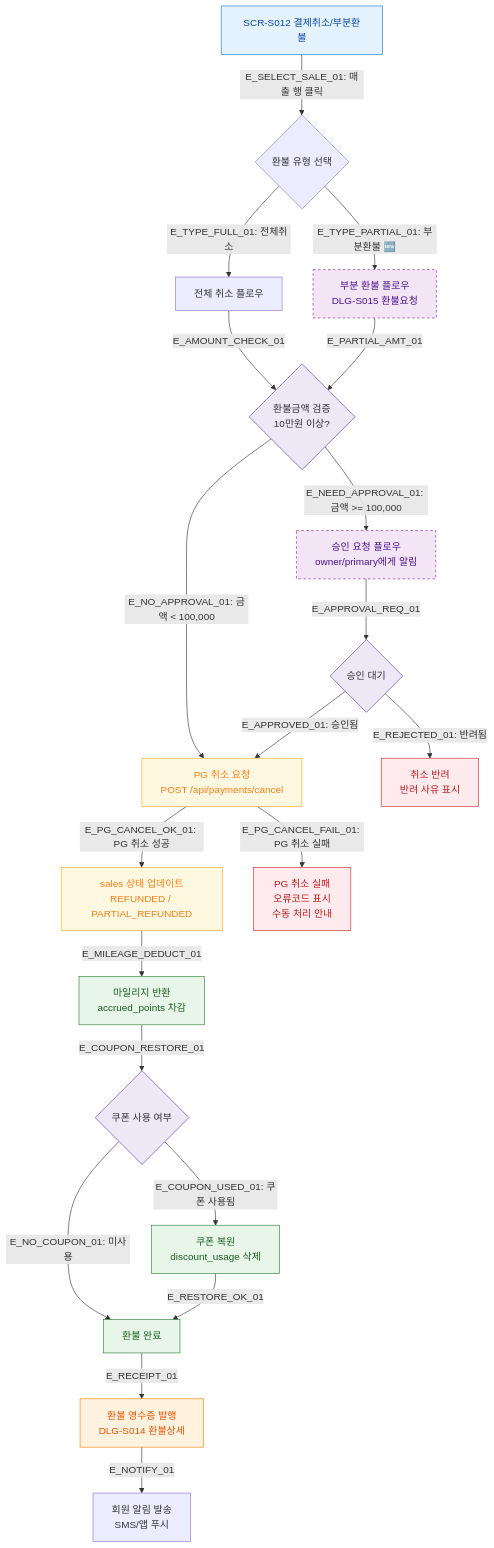
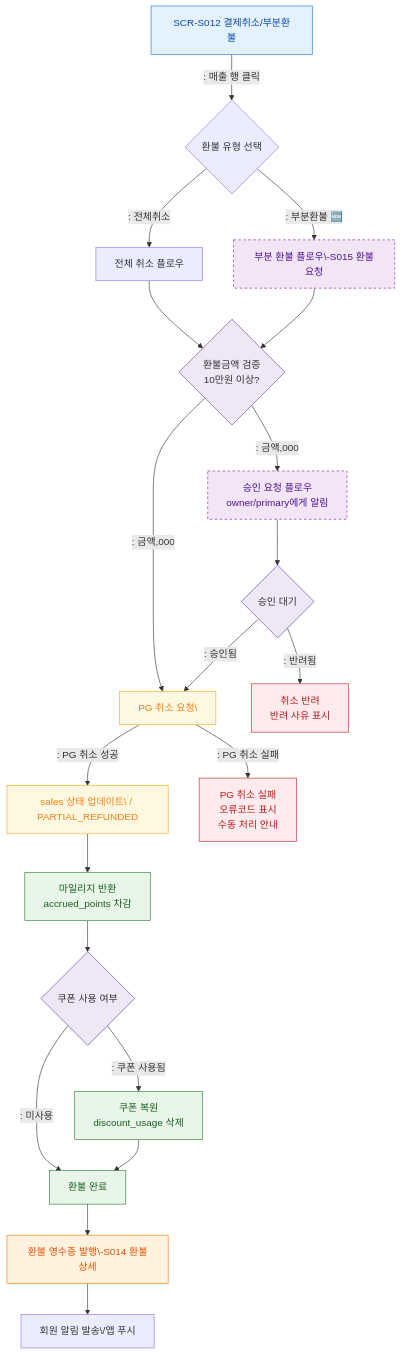
Before and after one commit to dev-spogym/admin-pando: the diagram in docs/다이어그램/D03_매출관리/SCR-S012_결제취소_부분환불/F2_메인.md, drawn with Mermaid. The commit also changed other lines of this file and 1660 other files, not shown here.

First line of the commit message:
다이어그램: 기획자/클라이언트 납품본으로 정리

````diff
--- a/docs/다이어그램/D03_매출관리/SCR-S012_결제취소_부분환불/F2_메인.md
+++ b/docs/다이어그램/D03_매출관리/SCR-S012_결제취소_부분환불/F2_메인.md
@@ -21,45 +19,45 @@
 ```mermaid
 flowchart TD
-    S012[SCR-S012 결제취소/부분환불] -->|"E_SELECT_SALE_01: 매출 행 클릭"| SALE_DETAIL{환불 유형 선택}
+    S012[SCR-S012 결제취소/부분환불] -->|": 매출 행 클릭"|SALE_DETAIL{환불 유형 선택}
 
-    SALE_DETAIL -->|"E_TYPE_FULL_01: 전체취소"| FULL_REFUND[전체 취소 플로우]
-    SALE_DETAIL -->|"E_TYPE_PARTIAL_01: 부분환불 🆕"| PARTIAL_REFUND[부분 환불 플로우\nDLG-S015 환불요청]
+    SALE_DETAIL -->|": 전체취소"|FULL_REFUND[전체 취소 플로우]
+    SALE_DETAIL -->|": 부분환불 🆕"|PARTIAL_REFUND[부분 환불 플로우\-S015 환불요청]
 
-    FULL_REFUND -->|E_AMOUNT_CHECK_01| AMOUNT_GATE{환불금액 검증\n10만원 이상?}
-    PARTIAL_REFUND -->|E_PARTIAL_AMT_01| AMOUNT_GATE
+    FULL_REFUND --> AMOUNT_GATE{환불금액 검증\n10만원 이상?}
+    PARTIAL_REFUND --> AMOUNT_GATE
 
-    AMOUNT_GATE -->|"E_NEED_APPROVAL_01: 금액 >= 100,000"| APPROVAL_FLOW[승인 요청 플로우\nowner/primary에게 알림]
-    AMOUNT_GATE -->|"E_NO_APPROVAL_01: 금액 < 100,000"| PG_CANCEL[PG 취소 요청\nPOST /api/payments/cancel]
+    AMOUNT_GATE -->|": 금액,000"|APPROVAL_FLOW[승인 요청 플로우\nowner/primary에게 알림]
+    AMOUNT_GATE -->|": 금액,000"|PG_CANCEL[PG 취소 요청\]
 
-    APPROVAL_FLOW -->|E_APPROVAL_REQ_01| WAIT_APPROVE{승인 대기}
-    WAIT_APPROVE -->|"E_APPROVED_01: 승인됨"| PG_CANCEL
-    WAIT_APPROVE -->|"E_REJECTED_01: 반려됨"| REJECTED[취소 반려\n반려 사유 표시]
+    APPROVAL_FLOW --> WAIT_APPROVE{승인 대기}
+    WAIT_APPROVE -->|": 승인됨"|PG_CANCEL
+    WAIT_APPROVE -->|": 반려됨"|REJECTED[취소 반려\n반려 사유 표시]
 
-    PG_CANCEL -->|"E_PG_CANCEL_OK_01: PG 취소 성공"| UPDATE_SALES[sales 상태 업데이트\nREFUNDED / PARTIAL_REFUNDED]
-    PG_CANCEL -->|"E_PG_CANCEL_FAIL_01: PG 취소 실패"| PG_FAIL[PG 취소 실패\n오류코드 표시\n수동 처리 안내]
+    PG_CANCEL -->|": PG 취소 성공"|UPDATE_SALES[sales 상태 업데이트\ / PARTIAL_REFUNDED]
+    PG_CANCEL -->|": PG 취소 실패"|PG_FAIL[PG 취소 실패\n오류코드 표시\n수동 처리 안내]
 
-    UPDATE_SALES -->|E_MILEAGE_DEDUCT_01| MILEAGE_RETURN[마일리지 반환\naccrued_points 차감]
-    MILEAGE_RETURN -->|E_COUPON_RESTORE_01| COUPON_CHECK{쿠폰 사용 여부}
-    COUPON_CHECK -->|"E_COUPON_USED_01: 쿠폰 사용됨"| COUPON_RESTORE[쿠폰 복원\ndiscount_usage 삭제]
-    COUPON_CHECK -->|"E_NO_COUPON_01: 미사용"| REFUND_COMPLETE[환불 완료]
-    COUPON_RESTORE -->|E_RESTORE_OK_01| REFUND_COMPLETE
+    UPDATE_SALES --> MILEAGE_RETURN[마일리지 반환\naccrued_points 차감]
+    MILEAGE_RETURN --> COUPON_CHECK{쿠폰 사용 여부}
+    COUPON_CHECK -->|": 쿠폰 사용됨"|COUPON_RESTORE[쿠폰 복원\ndiscount_usage 삭제]
+    COUPON_CHECK -->|": 미사용"|REFUND_COMPLETE[환불 완료]
+    COUPON_RESTORE --> REFUND_COMPLETE
 
-    REFUND_COMPLETE -->|E_RECEIPT_01| REFUND_RECEIPT[환불 영수증 발행\nDLG-S014 환불상세]
-    REFUND_RECEIPT -->|E_NOTIFY_01| NOTIFY_MEMBER[회원 알림 발송\nSMS/앱 푸시]
+    REFUND_COMPLETE --> REFUND_RECEIPT[환불 영수증 발행\-S014 환불상세]
+    REFUND_RECEIPT --> NOTIFY_MEMBER[회원 알림 발송\/앱 푸시]
 
     classDef screen fill:#E3F2FD,stroke:#1976D2,color:#0D47A1
     classDef newFeature fill:#F3E5F5,stroke:#7B1FA2,color:#4A148C,stroke-dasharray:4 4
     classDef error fill:#FFEBEE,stroke:#C62828,color:#B71C1C
     classDef success fill:#E8F5E9,stroke:#2E7D32,color:#1B5E20
     classDef warning fill:#FFF8E1,stroke:#F9A825,color:#F57F17
     classDef system fill:#EDE7F6,stroke:#5E35B2
     classDef modal fill:#FFF3E0,stroke:#F57C00,color:#E65100
 
     class S012 screen
     class PARTIAL_REFUND,APPROVAL_FLOW newFeature
     class PG_FAIL,REJECTED error
     class REFUND_COMPLETE,MILEAGE_RETURN,COUPON_RESTORE success
     class AMOUNT_GATE,WAIT_APPROVE,COUPON_CHECK system
     class REFUND_RECEIPT modal
     class PG_CANCEL,UPDATE_SALES warning
 ```
````
